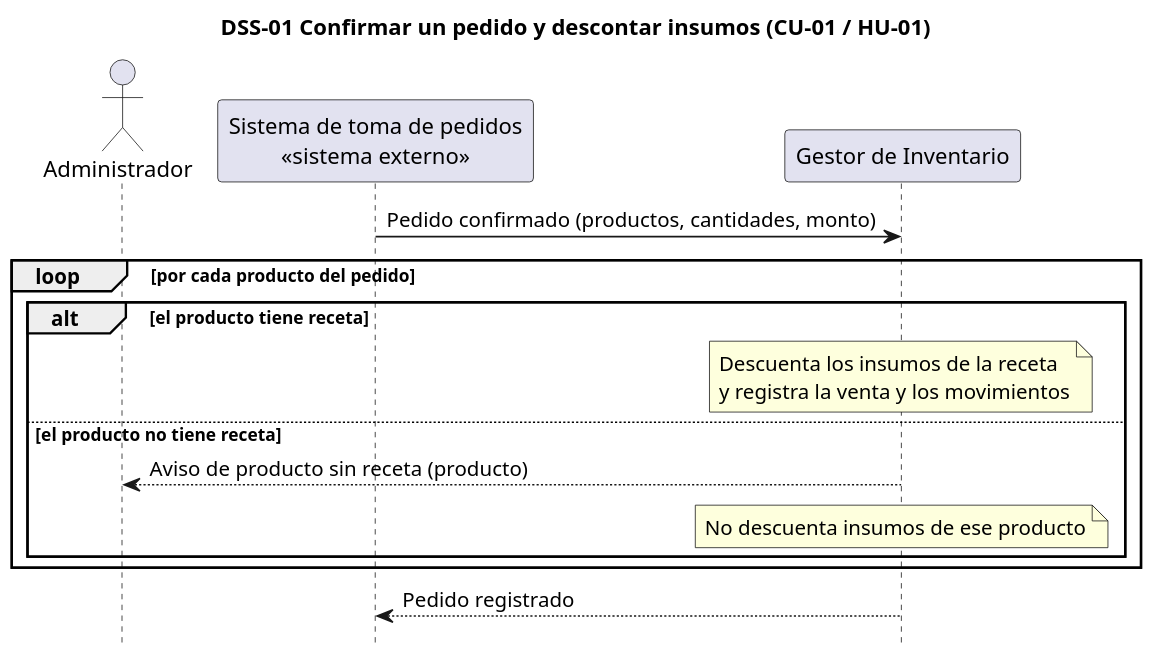
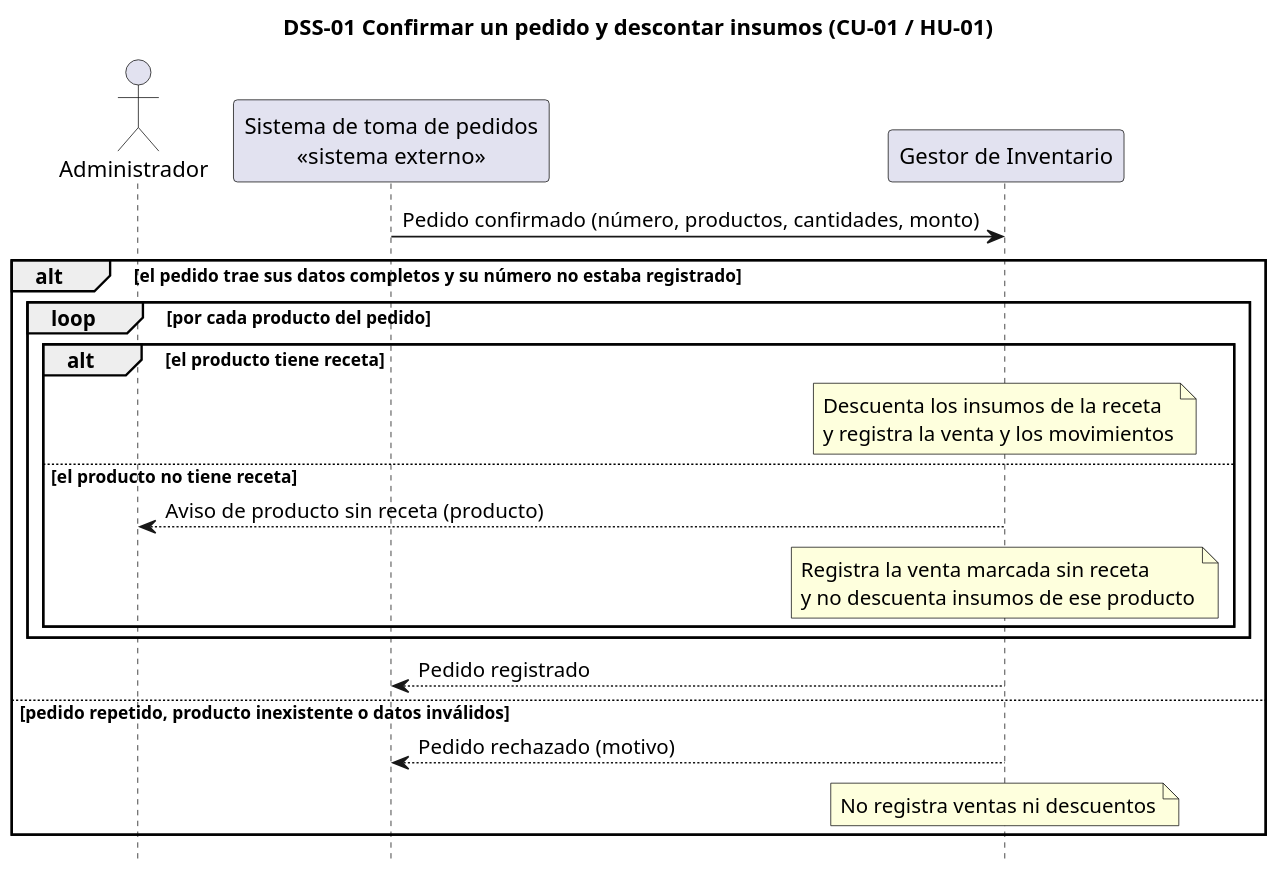
Before and after one commit to lambtto/Gestor-Inventario-Brookie: the diagram in diagramas/dss-01.puml, drawn with PlantUML. The commit also changed 15 other files, not shown here.

```diff
--- a/diagramas/dss-01.puml
+++ b/diagramas/dss-01.puml
@@ -1,19 +1,24 @@
 @startuml dss-01
 title DSS-01 Confirmar un pedido y descontar insumos (CU-01 / HU-01)
 skinparam dpi 140
 hide footbox
 actor Administrador as Adm
 participant "Sistema de toma de pedidos\n<<sistema externo>>" as SP
 participant "Gestor de Inventario" as G
 
-SP -> G : Pedido confirmado (productos, cantidades, monto)
-loop por cada producto del pedido
-  alt el producto tiene receta
-    note over G : Descuenta los insumos de la receta\ny registra la venta y los movimientos
-  else el producto no tiene receta
-    G --> Adm : Aviso de producto sin receta (producto)
-    note over G : No descuenta insumos de ese producto
+SP -> G : Pedido confirmado (número, productos, cantidades, monto)
+alt el pedido trae sus datos completos y su número no estaba registrado
+  loop por cada producto del pedido
+    alt el producto tiene receta
+      note over G : Descuenta los insumos de la receta\ny registra la venta y los movimientos
+    else el producto no tiene receta
+      G --> Adm : Aviso de producto sin receta (producto)
+      note over G : Registra la venta marcada sin receta\ny no descuenta insumos de ese producto
+    end
   end
+  G --> SP : Pedido registrado
+else pedido repetido, producto inexistente o datos inválidos
+  G --> SP : Pedido rechazado (motivo)
+  note over G : No registra ventas ni descuentos
 end
-G --> SP : Pedido registrado
 @enduml
```
